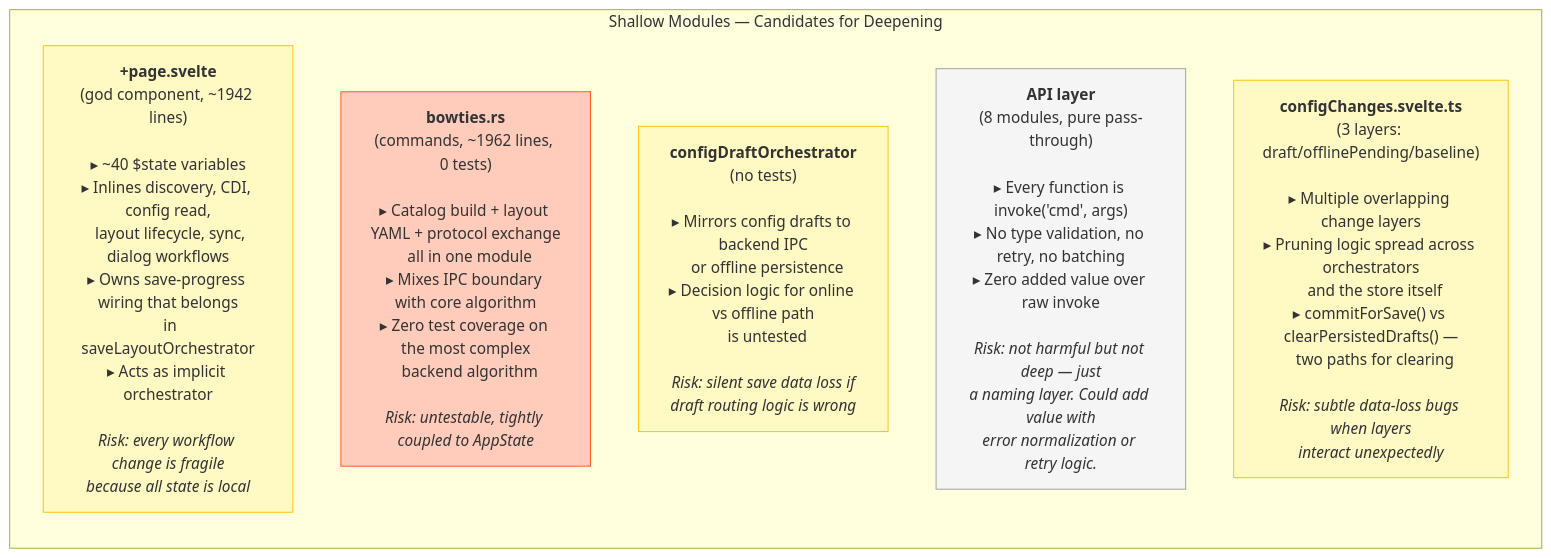
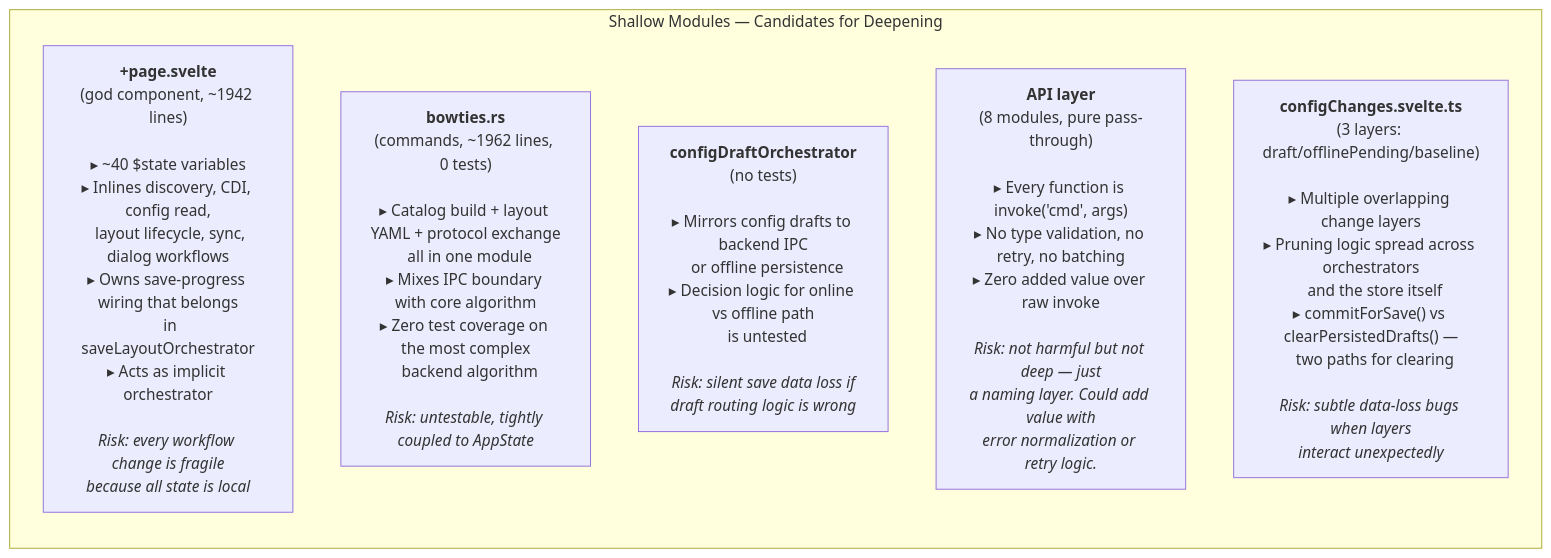
One commit to JohnSL/Bowties changed the third of 4 diagrams in aiwiki/architecture-diagrams.md. Above: the diagram before and after it, drawn with Mermaid. The commit also changed other lines of this file and 3 other files, not shown here.

````diff
--- a/aiwiki/architecture-diagrams.md
+++ b/aiwiki/architecture-diagrams.md
@@ -191,22 +214,16 @@
 ```mermaid
 graph TB
     subgraph Shallow ["Shallow Modules — Candidates for Deepening"]
         direction TB
 
         PP["<b>+page.svelte</b><br/>(god component, ~1942 lines)<br/><br/>▸ ~40 $state variables<br/>▸ Inlines discovery, CDI, config read,<br/>  layout lifecycle, sync, dialog workflows<br/>▸ Owns save-progress wiring that belongs<br/>  in saveLayoutOrchestrator<br/>▸ Acts as implicit orchestrator<br/><br/><i>Risk: every workflow change is fragile<br/>because all state is local</i>"]
 
         BR["<b>bowties.rs</b><br/>(commands, ~1962 lines, 0 tests)<br/><br/>▸ Catalog build + layout YAML + protocol exchange<br/>  all in one module<br/>▸ Mixes IPC boundary with core algorithm<br/>▸ Zero test coverage on the most complex<br/>  backend algorithm<br/><br/><i>Risk: untestable, tightly coupled to AppState</i>"]
 
         CD["<b>configDraftOrchestrator</b><br/>(no tests)<br/><br/>▸ Mirrors config drafts to backend IPC<br/>  or offline persistence<br/>▸ Decision logic for online vs offline path<br/>  is untested<br/><br/><i>Risk: silent save data loss if<br/>draft routing logic is wrong</i>"]
 
         API["<b>API layer</b><br/>(8 modules, pure pass-through)<br/><br/>▸ Every function is invoke('cmd', args)<br/>▸ No type validation, no retry, no batching<br/>▸ Zero added value over raw invoke<br/><br/><i>Risk: not harmful but not deep — just<br/>a naming layer. Could add value with<br/>error normalization or retry logic.</i>"]
 
         CS["<b>configChanges.svelte.ts</b><br/>(3 layers: draft/offlinePending/baseline)<br/><br/>▸ Multiple overlapping change layers<br/>▸ Pruning logic spread across orchestrators<br/>  and the store itself<br/>▸ commitForSave() vs clearPersistedDrafts() —<br/>  two paths for clearing<br/><br/><i>Risk: subtle data-loss bugs when layers<br/>interact unexpectedly</i>"]
     end
-
-    style PP fill:#fff9c4,stroke:#FFC107
-    style BR fill:#ffccbc,stroke:#FF5722
-    style CD fill:#fff9c4,stroke:#FFC107
-    style API fill:#f5f5f5,stroke:#9E9E9E
-    style CS fill:#fff9c4,stroke:#FFC107
 ```
````
